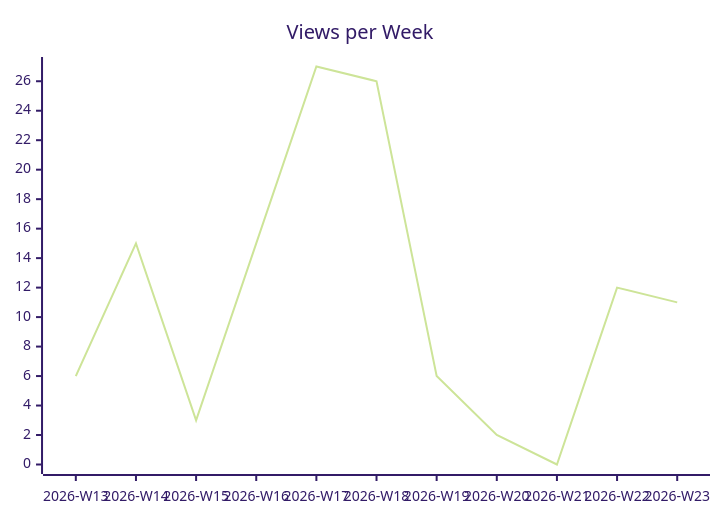
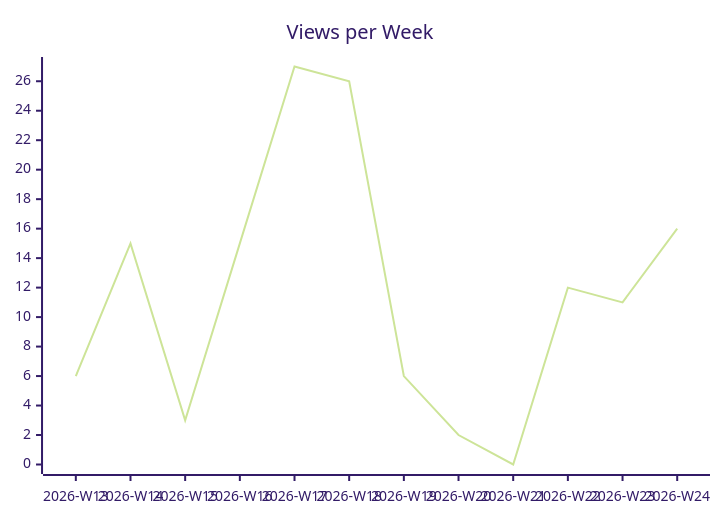
The second of 3 diagrams in karlmdavis/ksoap2-android/README.md (justdavis-family/github-analytics-data), drawn with Mermaid (forest theme) before and after one commit. The commit also changed other lines of this file and 189 other files, not shown here.

````diff
--- a/karlmdavis/ksoap2-android/README.md
+++ b/karlmdavis/ksoap2-android/README.md
@@ -12,6 +12,6 @@
 ```mermaid
 xychart-beta
   title "Views per Week"
-  x-axis ["2026-W13", "2026-W14", "2026-W15", "2026-W16", "2026-W17", "2026-W18", "2026-W19", "2026-W20", "2026-W21", "2026-W22", "2026-W23"]
-  line [6, 15, 3, 15, 27, 26, 6, 2, 0, 12, 11]
+  x-axis ["2026-W13", "2026-W14", "2026-W15", "2026-W16", "2026-W17", "2026-W18", "2026-W19", "2026-W20", "2026-W21", "2026-W22", "2026-W23", "2026-W24"]
+  line [6, 15, 3, 15, 27, 26, 6, 2, 0, 12, 11, 16]
 ```
````
